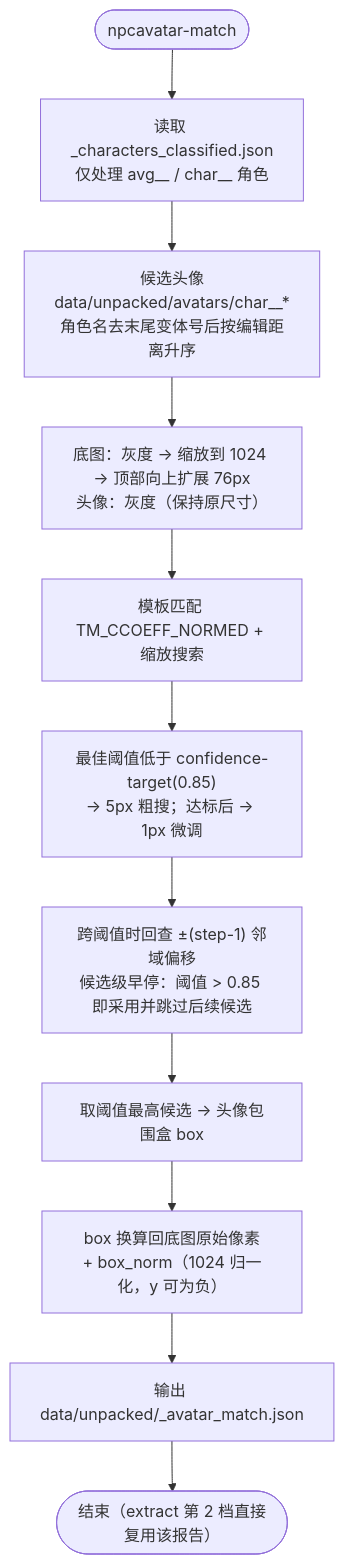
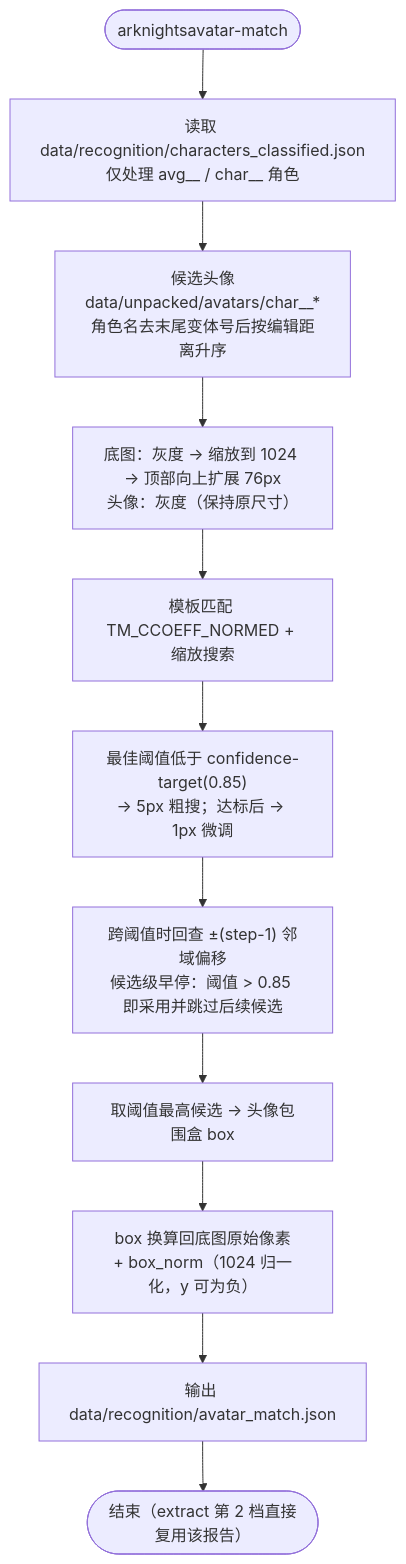
The fifth of 11 diagrams in docs/生产流程图.md (Arkfans/ArknightsAvatar), drawn with Mermaid before and after one commit. The commit also changed other lines of this file and 120 other files, not shown here.

Commit message:
refactor: rename to ArknightsAvatar, normalize data layout, add orchestration entries

````diff
--- a/docs/生产流程图.md
+++ b/docs/生产流程图.md
@@ -135,13 +167,13 @@
 ```mermaid
 flowchart TD
-    Start(["npcavatar-match"]) --> ReadC["读取 _characters_classified.json<br/>仅处理 avg_<id>_ / char_<id>_ 角色"]
+    Start(["arknightsavatar-match"]) --> ReadC["读取 data/recognition/characters_classified.json<br/>仅处理 avg_<id>_ / char_<id>_ 角色"]
     ReadC --> Cand["候选头像<br/>data/unpacked/avatars/char_<seq>_*<br/>角色名去末尾变体号后按编辑距离升序"]
     Cand --> Prep["底图：灰度 → 缩放到 1024 → 顶部向上扩展 76px<br/>头像：灰度（保持原尺寸）"]
     Prep --> Search["模板匹配 TM_CCOEFF_NORMED + 缩放搜索"]
     Search --> Coarse["最佳阈值低于 confidence-target(0.85)<br/>→ 5px 粗搜；达标后 → 1px 微调"]
     Coarse --> Cross["跨阈值时回查 ±(step-1) 邻域偏移<br/>候选级早停：阈值 > 0.85 即采用并跳过后续候选"]
     Cross --> Best["取阈值最高候选 → 头像包围盒 box"]
     Best --> Norm["box 换算回底图原始像素<br/>+ box_norm（1024 归一化，y 可为负）"]
-    Norm --> OutM["输出 data/unpacked/_avatar_match.json"]
+    Norm --> OutM["输出 data/recognition/avatar_match.json"]
     OutM --> Done(["结束（extract 第 2 档直接复用该报告）"])
 ```
````
